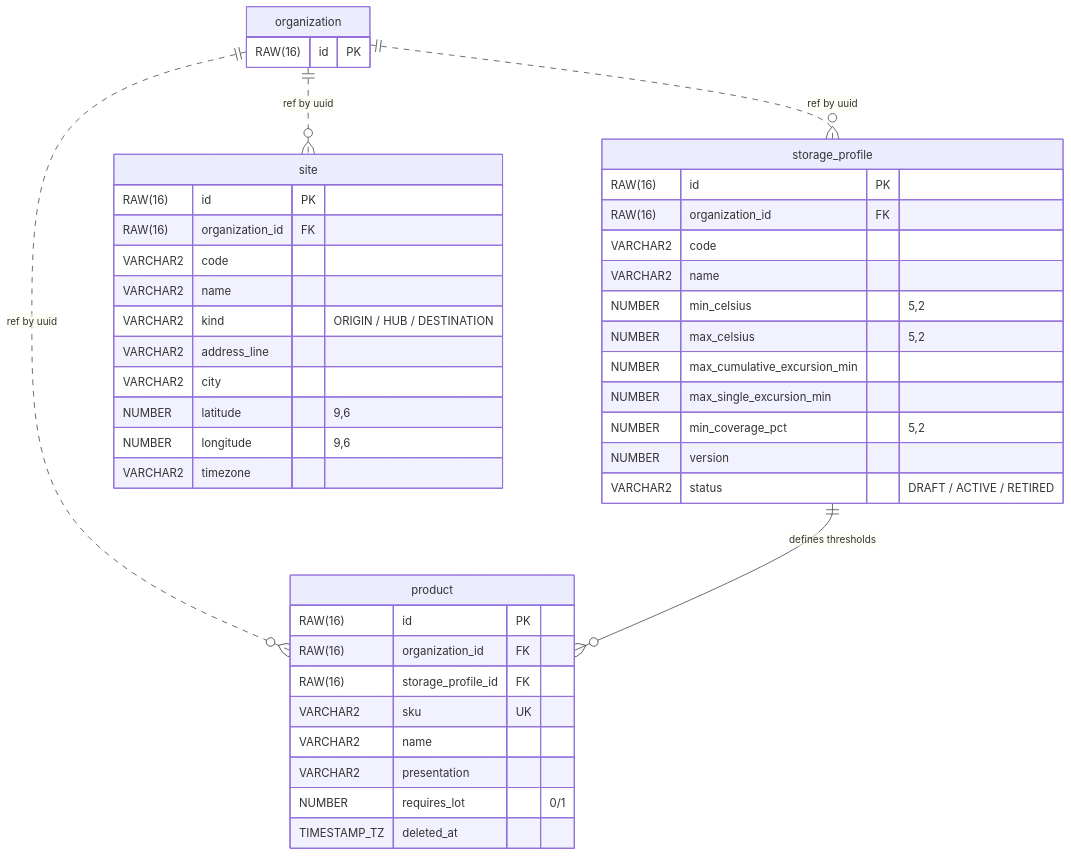
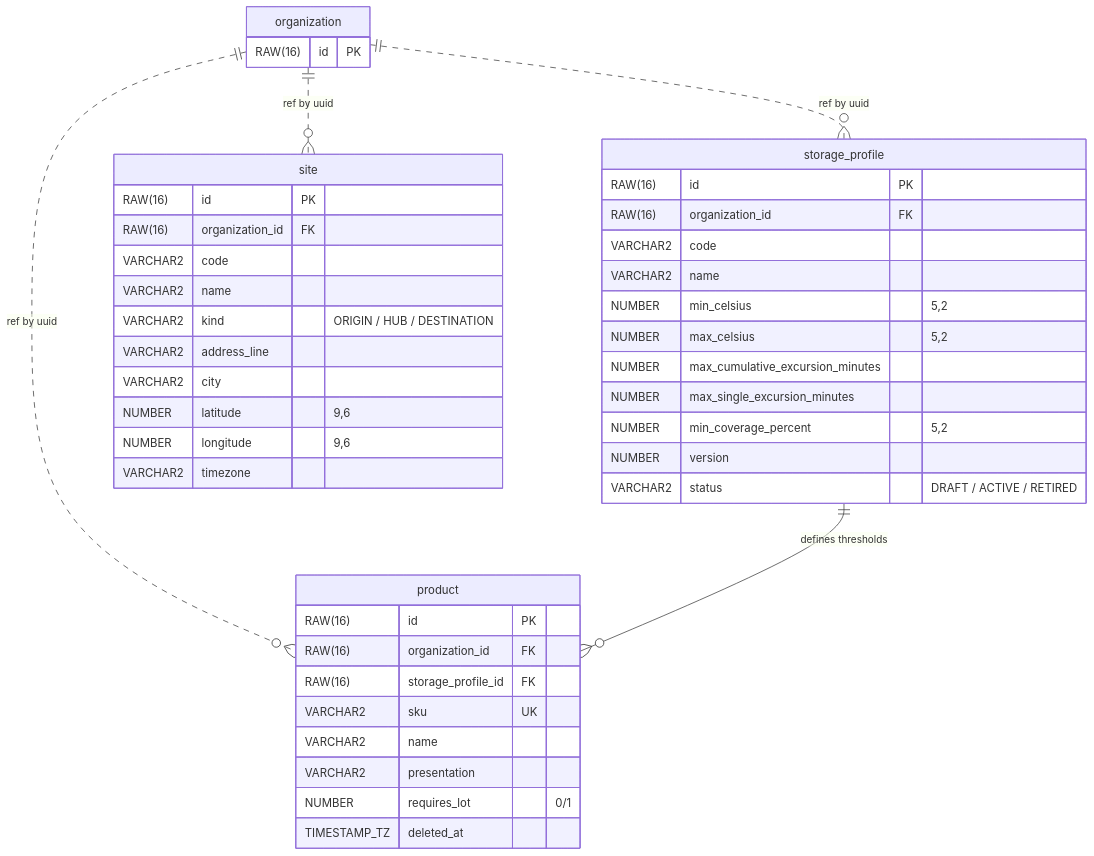
The third of 7 diagrams in docs/specification.md (jorge-lherrera/coldchain-api), drawn with Mermaid before and after one commit. The commit also changed other lines of this file and 4 other files, not shown here.

````diff
--- a/docs/specification.md
+++ b/docs/specification.md
@@ -175,45 +175,45 @@
 ```mermaid
 erDiagram
   organization {
     RAW(16) id PK
   }
   storage_profile {
     RAW(16) id PK
     RAW(16) organization_id FK
     VARCHAR2 code
     VARCHAR2 name
     NUMBER min_celsius "5,2"
     NUMBER max_celsius "5,2"
-    NUMBER max_cumulative_excursion_min
-    NUMBER max_single_excursion_min
-    NUMBER min_coverage_pct "5,2"
+    NUMBER max_cumulative_excursion_minutes
+    NUMBER max_single_excursion_minutes
+    NUMBER min_coverage_percent "5,2"
     NUMBER version
     VARCHAR2 status "DRAFT / ACTIVE / RETIRED"
   }
   product {
     RAW(16) id PK
     RAW(16) organization_id FK
     RAW(16) storage_profile_id FK
     VARCHAR2 sku UK
     VARCHAR2 name
     VARCHAR2 presentation
     NUMBER requires_lot "0/1"
     TIMESTAMP_TZ deleted_at
   }
   site {
     RAW(16) id PK
     RAW(16) organization_id FK
     VARCHAR2 code
     VARCHAR2 name
     VARCHAR2 kind "ORIGIN / HUB / DESTINATION"
     VARCHAR2 address_line
     VARCHAR2 city
     NUMBER latitude "9,6"
     NUMBER longitude "9,6"
     VARCHAR2 timezone
   }
   organization ||..o{ storage_profile : "ref by uuid"
   organization ||..o{ product : "ref by uuid"
   organization ||..o{ site : "ref by uuid"
   storage_profile ||--o{ product : "defines thresholds"
 ```
````
